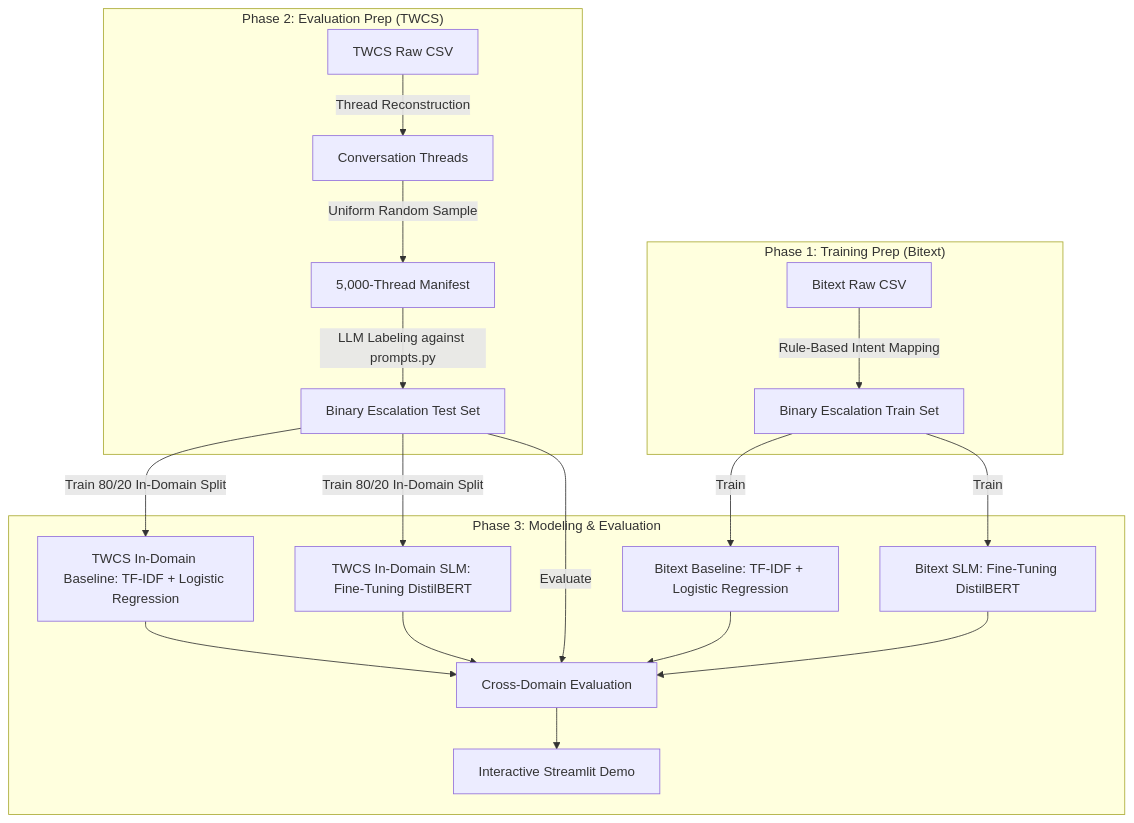
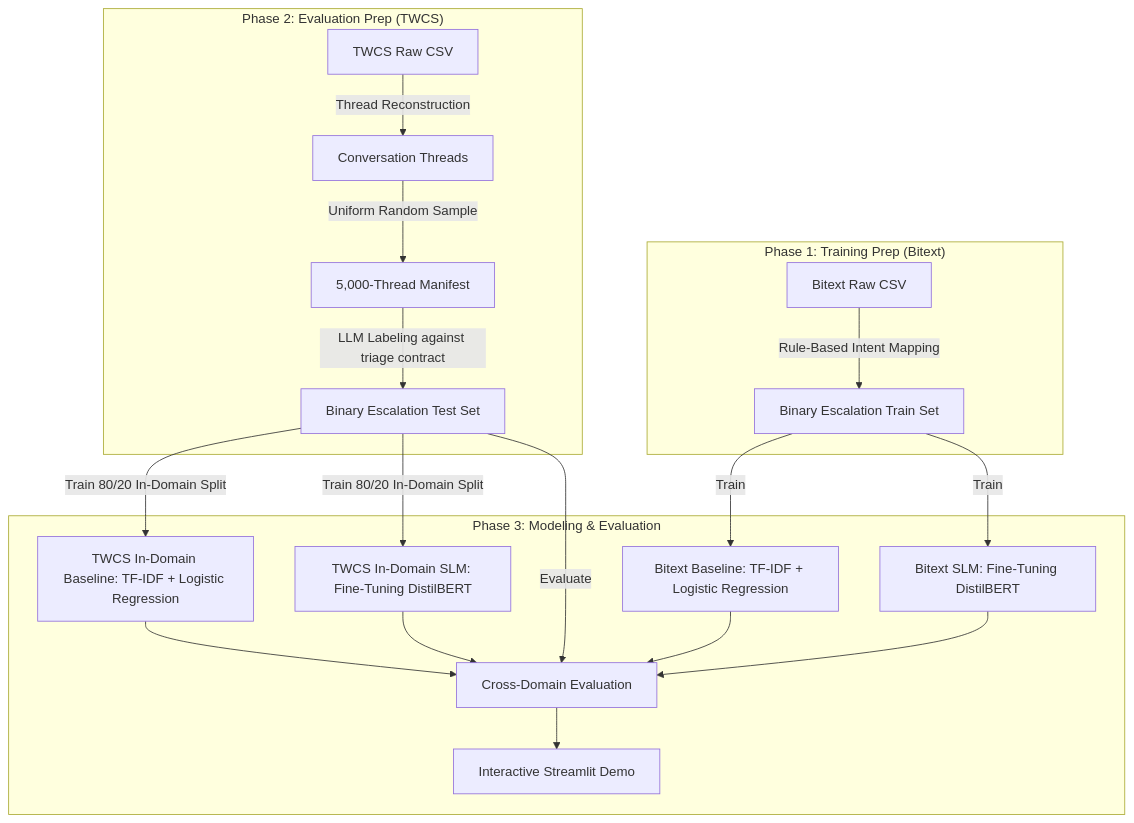
The diagram in README.md (weirui828/human-loop), drawn with Mermaid before and after one commit. The commit also changed other lines of this file and 26 other files, not shown here.

````diff
--- a/README.md
+++ b/README.md
@@ -42,25 +42,25 @@
 ```mermaid
 graph TD
     subgraph P1["Phase 1: Training Prep (Bitext)"]
         A1[Bitext Raw CSV] -->|Rule-Based Intent Mapping| B1[Binary Escalation Train Set]
     end
 
     subgraph P2["Phase 2: Evaluation Prep (TWCS)"]
         A2[TWCS Raw CSV] -->|Thread Reconstruction| B2[Conversation Threads]
         B2 -->|Uniform Random Sample| B3[5,000-Thread Manifest]
-        B3 -->|LLM Labeling against prompts.py| C2[Binary Escalation Test Set]
+        B3 -->|LLM Labeling against triage contract| C2[Binary Escalation Test Set]
     end
 
     subgraph P3["Phase 3: Modeling & Evaluation"]
         B1 -->|Train| D[Bitext Baseline: TF-IDF + Logistic Regression]
         B1 -->|Train| E[Bitext SLM: Fine-Tuning DistilBERT]
         C2 -->|Train 80/20 In-Domain Split| H[TWCS In-Domain Baseline: TF-IDF + Logistic Regression]
         C2 -->|Train 80/20 In-Domain Split| I[TWCS In-Domain SLM: Fine-Tuning DistilBERT]
         C2 -->|Evaluate| F[Cross-Domain Evaluation]
         D --> F
         E --> F
         H --> F
         I --> F
         F --> G[Interactive Streamlit Demo]
     end
 ```
````
